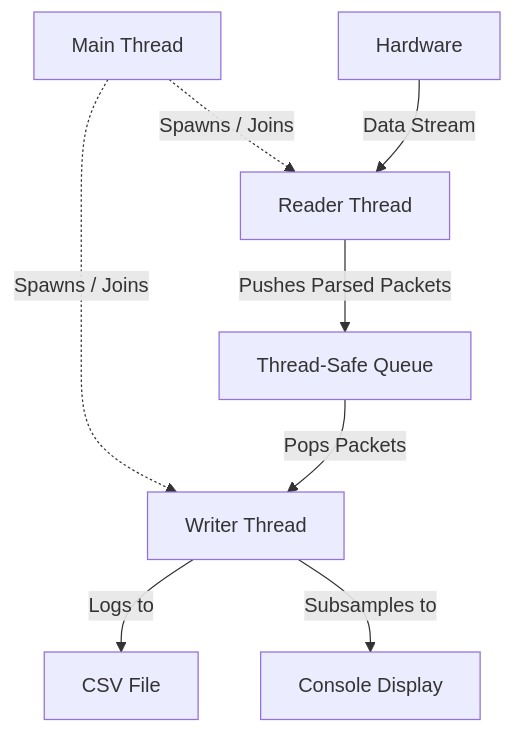
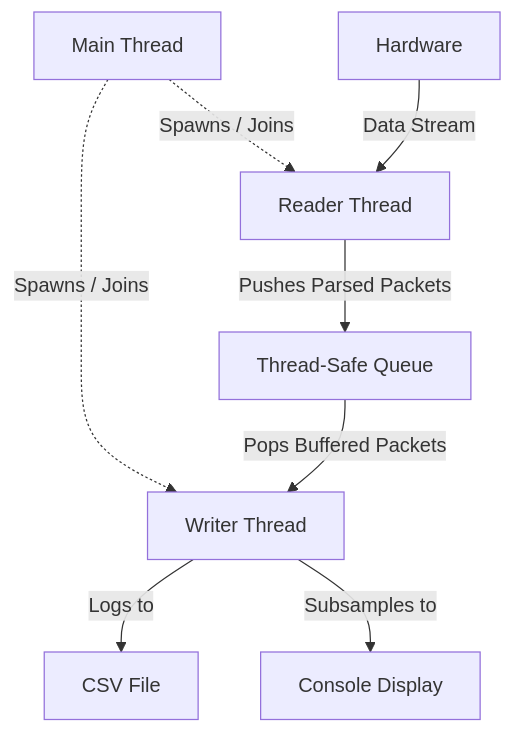
The diagram in README.md (corey-richardson/spsc-queue), drawn with Mermaid before and after one commit.

Commit message:
Update README Diagram label to re-include reference to buffering

````diff
--- a/README.md
+++ b/README.md
@@ -30,12 +30,12 @@
 ```mermaid
 flowchart TD
     Main["Main Thread"] -. Spawns / Joins .-> Reader
     Main -. Spawns / Joins .-> Writer
 
     Device["Hardware"] -->|Data Stream| Reader["Reader Thread"]
     Reader -->|Pushes Parsed Packets| Queue["Thread-Safe Queue"]
-    Queue -->|Pops Packets| Writer["Writer Thread"]
+    Queue -->|Pops Buffered Packets| Writer["Writer Thread"]
 
     Writer -->|Logs to| File["CSV File"]
     Writer -->|Subsamples to| Console["Console Display"]
 ```
````
